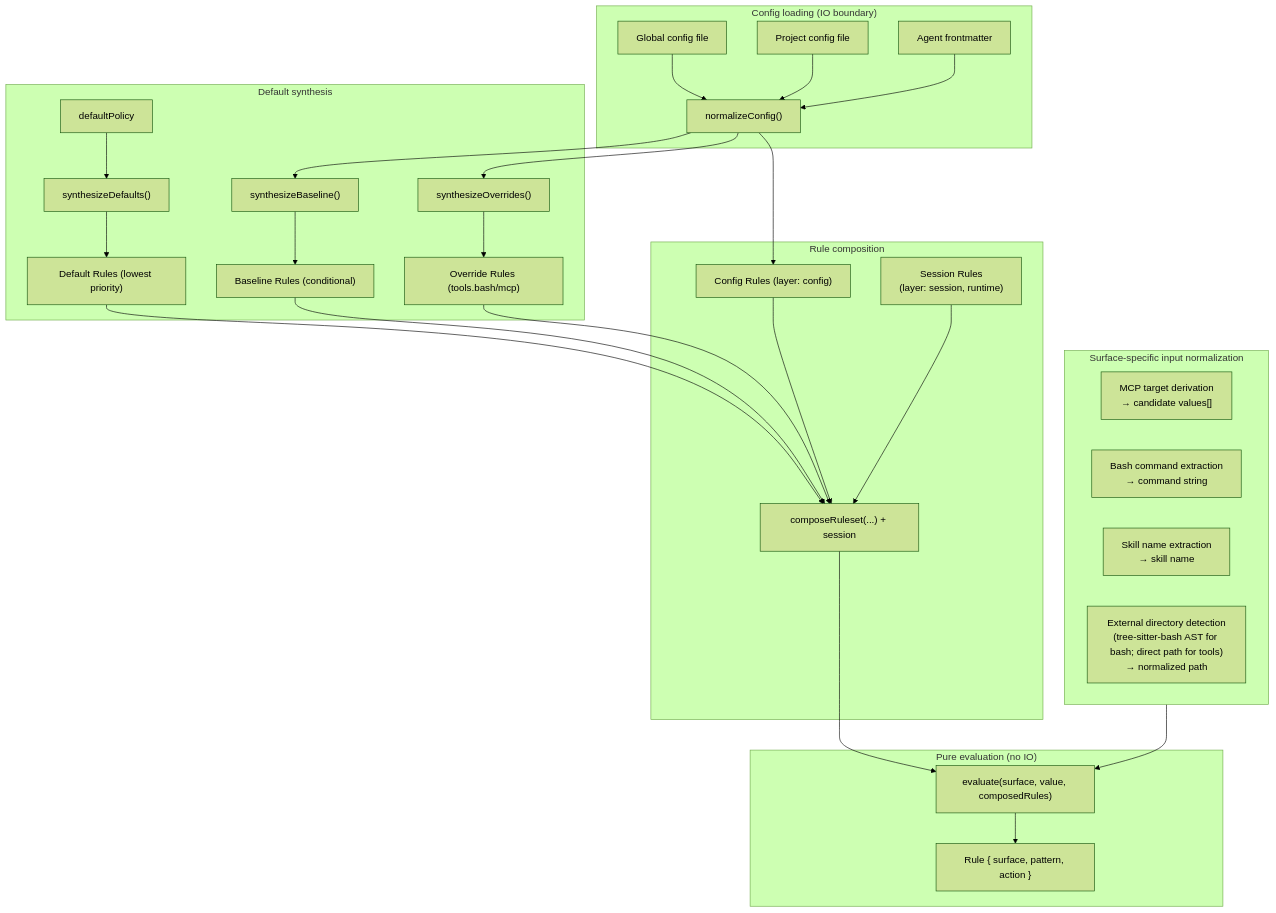
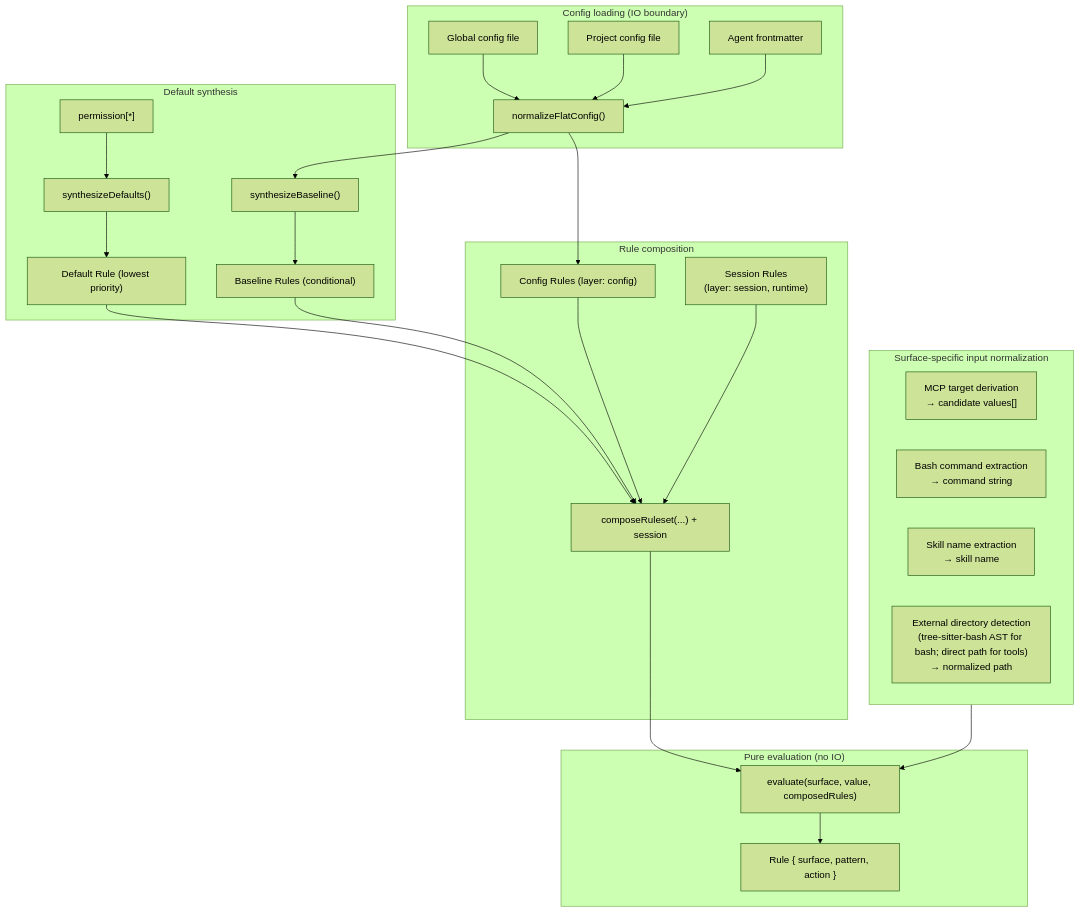
The first of 4 diagrams in docs/architecture/target-architecture.md (sycghj/pi-permission-system), drawn with Mermaid (forest theme) before and after one commit. The commit also changed other lines of this file, not shown here.

First line of the commit message:
docs: update target architecture for completed work and new issues (#80)

````diff
--- a/docs/architecture/target-architecture.md
+++ b/docs/architecture/target-architecture.md
@@ -150,45 +143,42 @@
 ```mermaid
 flowchart TD
     subgraph Load["Config loading (IO boundary)"]
         GF["Global config file"]
         PF["Project config file"]
         AF["Agent frontmatter"]
-        GF --> Norm["normalizeConfig()"]
+        GF --> Norm["normalizeFlatConfig()"]
         PF --> Norm
         AF --> Norm
     end
 
     subgraph Defaults["Default synthesis"]
-        DP["defaultPolicy"] --> Synth["synthesizeDefaults()"]
-        Synth --> DR["Default Rules (lowest priority)"]
+        DP["permission[*]"] --> Synth["synthesizeDefaults()"]
+        Synth --> DR["Default Rule (lowest priority)"]
         Norm --> BL["synthesizeBaseline()"]
         BL --> BR["Baseline Rules (conditional)"]
-        Norm --> OV["synthesizeOverrides()"]
-        OV --> OR["Override Rules (tools.bash/mcp)"]
     end
 
     Norm --> CR["Config Rules (layer: config)"]
     SA["Session Rules<br/>(layer: session, runtime)"]
 
     subgraph Compose["Rule composition"]
         DR --> Concat["composeRuleset(...) + session"]
         BR --> Concat
-        OR --> Concat
         CR --> Concat
         SA --> Concat
     end
 
     subgraph Eval["Pure evaluation (no IO)"]
         Concat --> E["evaluate(surface, value, composedRules)"]
         E --> Decision["Rule { surface, pattern, action }"]
     end
 
     subgraph PreProcess["Surface-specific input normalization"]
         MCP["MCP target derivation<br/>→ candidate values[]"]
         Bash["Bash command extraction<br/>→ command string"]
         Skill["Skill name extraction<br/>→ skill name"]
         ExtDir["External directory detection<br/>(tree-sitter-bash AST for bash; direct path for tools)<br/>→ normalized path"]
     end
 
     PreProcess --> E
 ```
````
